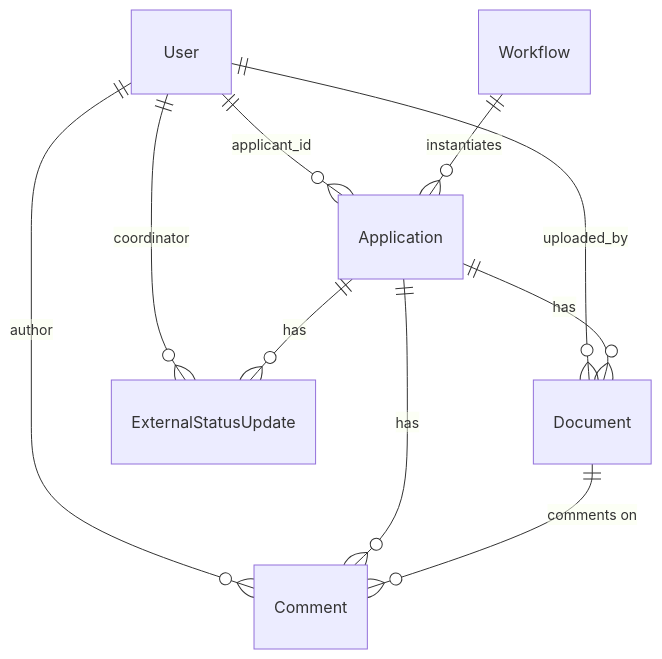
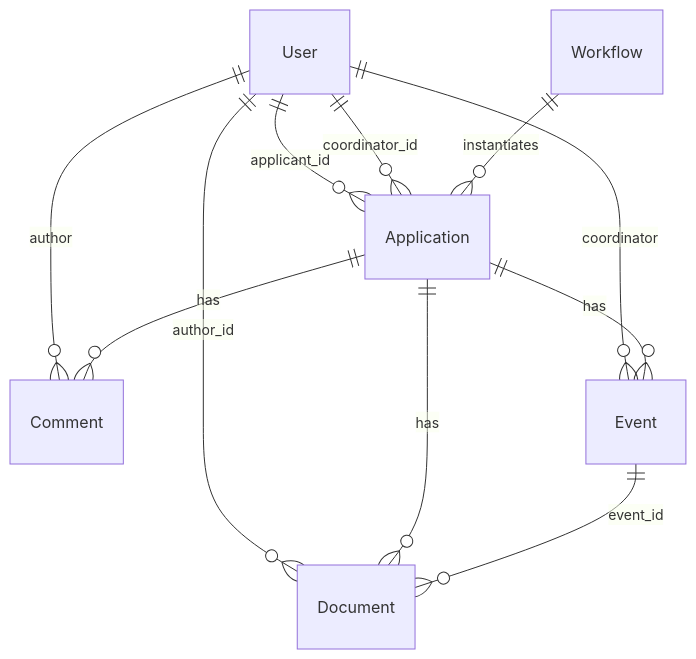
Before and after one commit to ryanvu-dev/VisaFlow: the diagram in artefacts/product-knowledge/solution-design/7-database-schema.md, drawn with Mermaid. The commit also changed other lines of this file and 6 other files, not shown here.

````diff
--- a/artefacts/product-knowledge/solution-design/7-database-schema.md
+++ b/artefacts/product-knowledge/solution-design/7-database-schema.md
@@ -33,16 +33,16 @@
 ```mermaid
 erDiagram
 
     User ||--o{ Application : "applicant_id"
-    User ||--o{ Document : "uploaded_by"
+    User ||--o{ Application : "coordinator_id"
+    User ||--o{ Document : "author_id"
     User ||--o{ Comment : "author"
-    User ||--o{ ExternalStatusUpdate : "coordinator"
+    User ||--o{ Event : "coordinator"
 
     Workflow ||--o{ Application : "instantiates"
 
     Application ||--o{ Document : "has"
     Application ||--o{ Comment : "has"
-    Application ||--o{ ExternalStatusUpdate : "has"
-
-    Document ||--o{ Comment : "comments on"
+    Application ||--o{ Event : "has"
+    Event ||--o{ Document : "event_id"
 ```
````
